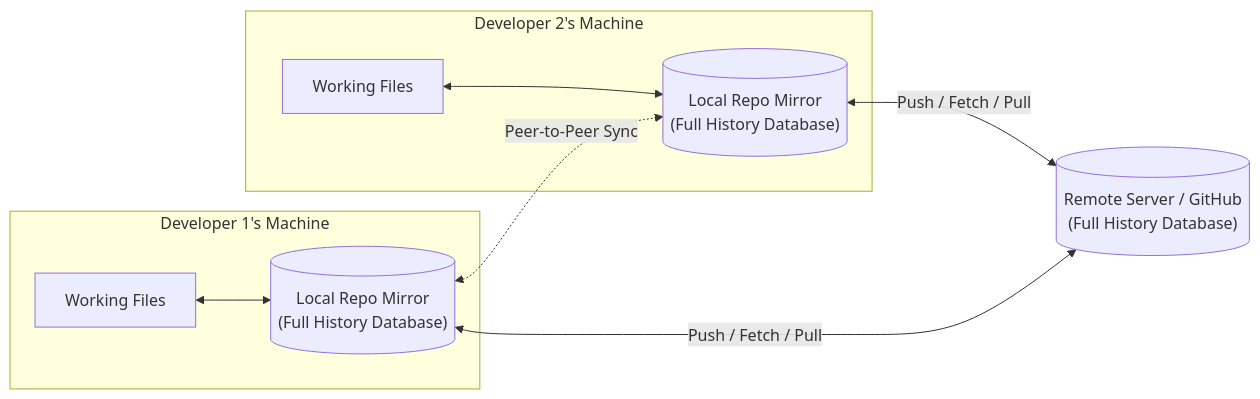
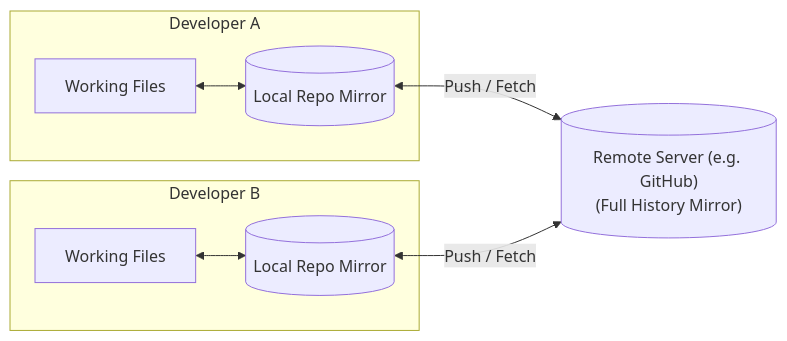
Before and after one commit to ArpitaSHiregoudar/git-reference-hub: the fifth of 6 diagrams in 01-git-fundamentals/01-what-is-version-control.md, drawn with Mermaid. The commit also changed other lines of this file and 1 other file, not shown here.

````diff
--- a/01-git-fundamentals/01-what-is-version-control.md
+++ b/01-git-fundamentals/01-what-is-version-control.md
@@ -195,20 +147,19 @@
 ```mermaid
 flowchart LR
-    ServerRepo[("Remote Server / GitHub\n(Full History Database)")]
+    Remote[("Remote Server (e.g. GitHub)\n(Full History Mirror)")]
     
-    subgraph Dev1_Machine["Developer 1's Machine"]
-        LocalRepo1[("Local Repo Mirror\n(Full History Database)")]
-        WorkingCopy1["Working Files"]
-        WorkingCopy1 <--> LocalRepo1
+    subgraph DevA["Developer A"]
+        RepoA[("Local Repo Mirror")]
+        WDA["Working Files"]
+        WDA <--> RepoA
     end
 
-    subgraph Dev2_Machine["Developer 2's Machine"]
-        LocalRepo2[("Local Repo Mirror\n(Full History Database)")]
-        WorkingCopy2["Working Files"]
-        WorkingCopy2 <--> LocalRepo2
+    subgraph DevB["Developer B"]
+        RepoB[("Local Repo Mirror")]
+        WDB["Working Files"]
+        WDB <--> RepoB
     end
-    
-    LocalRepo1 <-->|Push / Fetch / Pull| ServerRepo
-    LocalRepo2 <-->|Push / Fetch / Pull| ServerRepo
-    LocalRepo1 <-.->|Peer-to-Peer Sync| LocalRepo2
+
+    RepoA <-->|Push / Fetch| Remote
+    RepoB <-->|Push / Fetch| Remote
 ```
````
